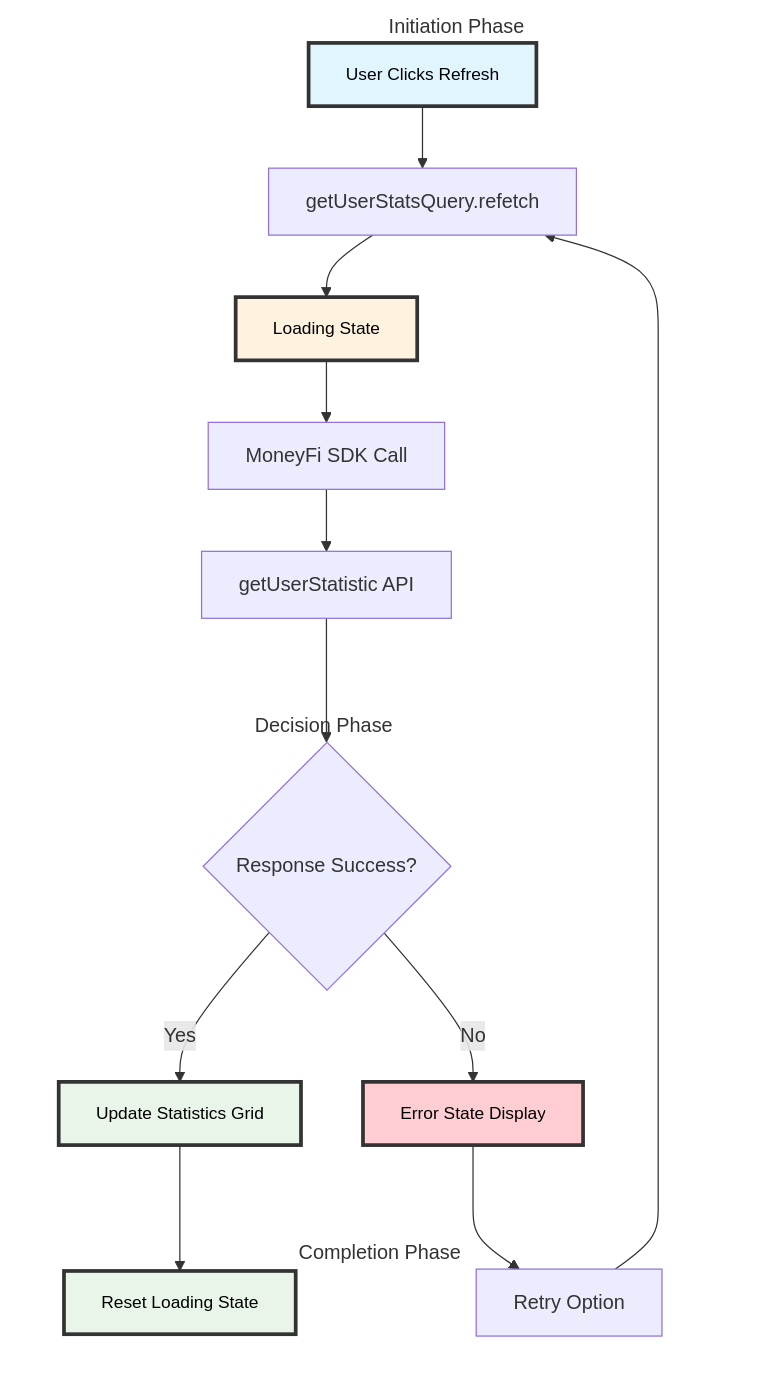
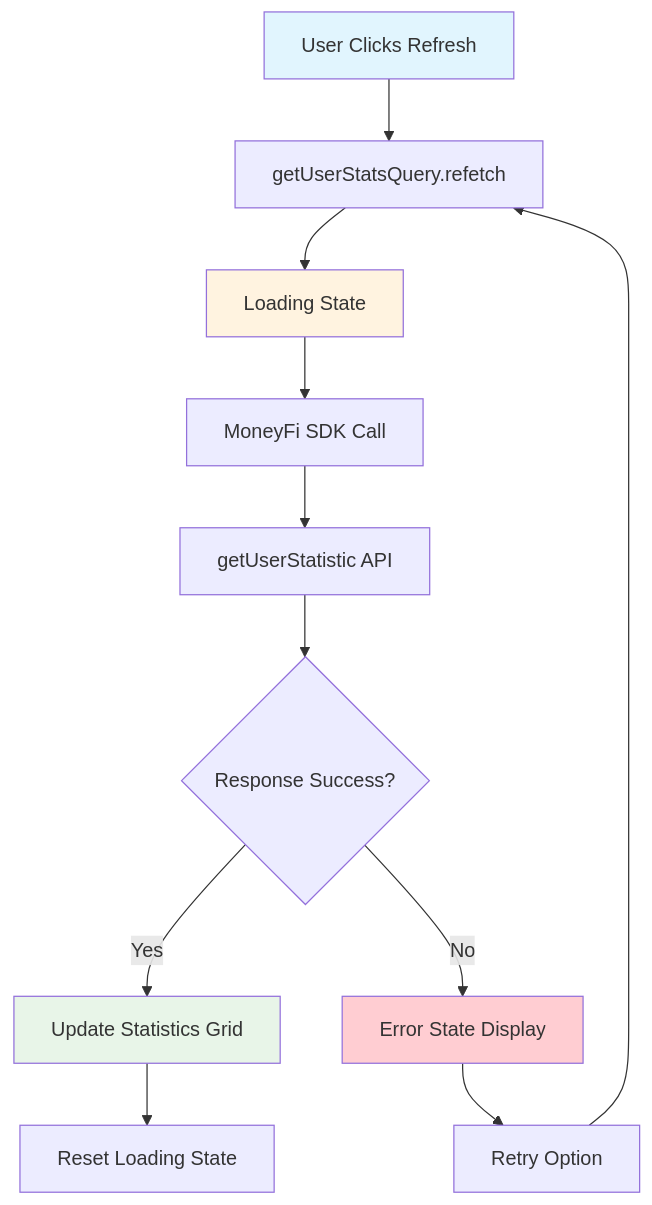
Before and after one commit to MoneyFi-fund/moneyfi-SDK-example: the fourth of 6 diagrams in README.md, drawn with Mermaid. The commit also changed other lines of this file, not shown here.

````diff
--- a/README.md
+++ b/README.md
@@ -655,53 +559,18 @@
 ```mermaid
-flowchart TB
-    %% Row 1: Left to Right
+flowchart TD
     A[User Clicks Refresh] --> B[getUserStatsQuery.refetch]
     B --> C[Loading State]
     C --> D[MoneyFi SDK Call]
     D --> E[getUserStatistic API]
-
-    %% Connect to Row 2
     E --> F{Response Success?}
-
-    %% Row 2: Branching paths
     F -->|Yes| G[Update Statistics Grid]
     F -->|No| H[Error State Display]
-
-    %% Connect to Row 3
     G --> I[Reset Loading State]
-
-    %% Row 3: Error handling and retry
     H --> J[Retry Option]
     J --> B
-
-    %% Positioning for snake pattern
-    subgraph row1 ["Initiation Phase"]
-        A
-        B
-        C
-        D
-        E
-    end
-
-    subgraph row2 ["Decision Phase"]
-        F
-        G
-        H
-    end
-
-    subgraph row3 ["Completion Phase"]
-        I
-        J
-    end
-
-    style A fill:#e1f5fe,color:#000,stroke:#333,stroke-width:3px,font-size:14px
-    style C fill:#fff3e0,color:#000,stroke:#333,stroke-width:3px,font-size:14px
-    style G fill:#e8f5e8,color:#000,stroke:#333,stroke-width:3px,font-size:14px
-    style H fill:#ffcdd2,color:#000,stroke:#333,stroke-width:3px,font-size:14px
-    style I fill:#e8f5e8,color:#000,stroke:#333,stroke-width:3px,font-size:14px
-
-    %% Hide subgraph borders
-    style row1 fill:none,stroke:none
-    style row2 fill:none,stroke:none
-    style row3 fill:none,stroke:none
+    
+    style A fill:#e1f5fe
+    style C fill:#fff3e0
+    style G fill:#e8f5e8
+    style H fill:#ffcdd2
 ```
````
